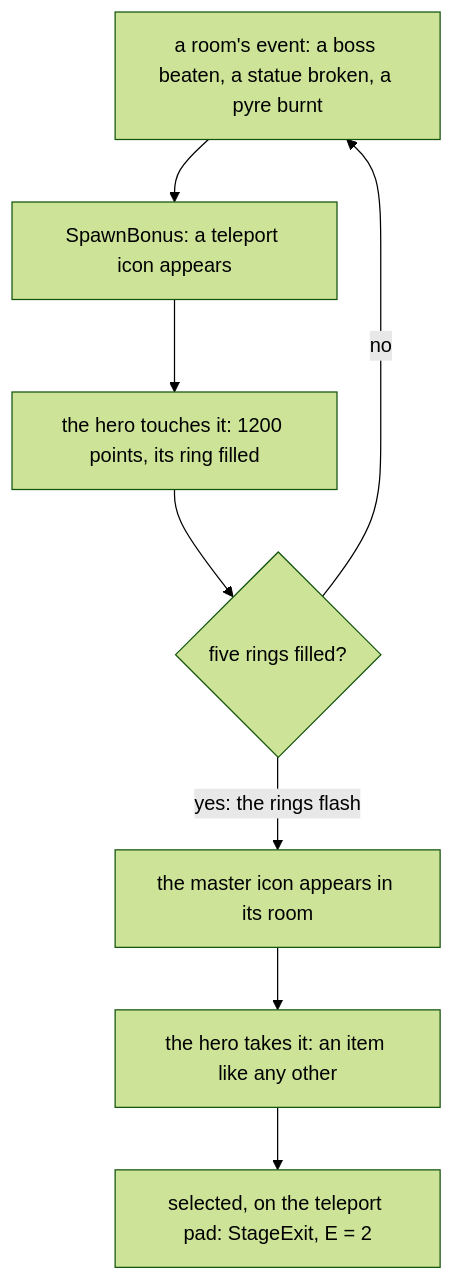
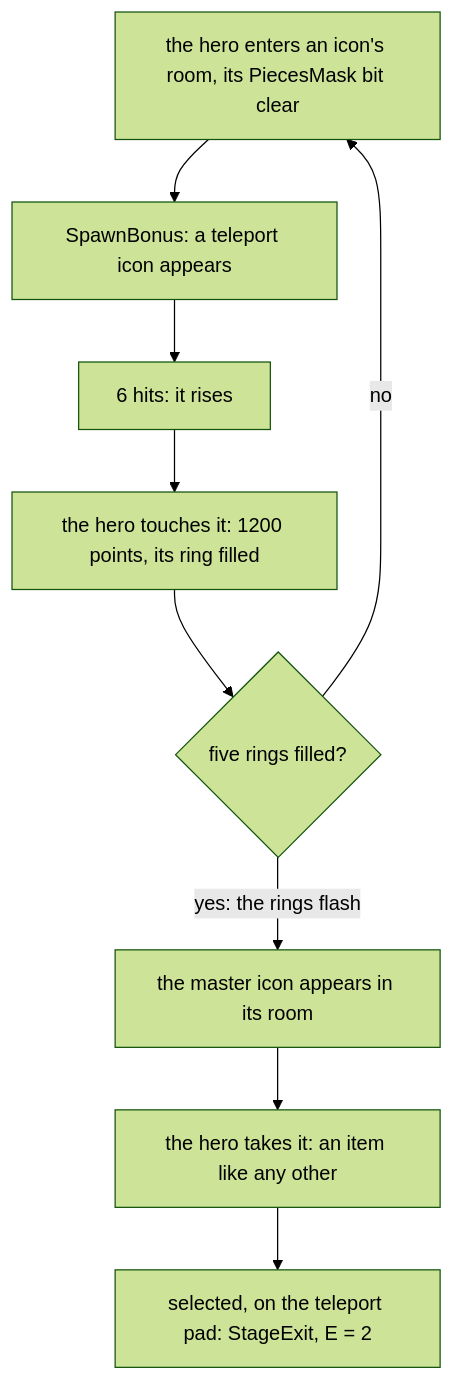
One commit to alfishe/unrealng-reverse-cases changed the fourth of 9 diagrams in games/myth/docs/01-game-design.md. Above: the diagram before and after it, drawn with Mermaid (forest theme). The commit also changed other lines of this file and 73 other files, not shown here.

````diff
--- a/games/myth/docs/01-game-design.md
+++ b/games/myth/docs/01-game-design.md
@@ -282,10 +284,11 @@
 ```mermaid
 flowchart TD
-    E["a room's event: a boss beaten, a statue broken, a pyre burnt"] --> S["SpawnBonus: a teleport icon appears"]
-    S --> T["the hero touches it: 1200 points, its ring filled"]
+    E["the hero enters an icon's room, its PiecesMask bit clear"] --> S["SpawnBonus: a teleport icon appears"]
+    S --> H["6 hits: it rises"]
+    H --> T["the hero touches it: 1200 points, its ring filled"]
     T --> Q{"five rings filled?"}
     Q -->|"no"| E
     Q -->|"yes: the rings flash"| M["the master icon appears in its room"]
     M --> C["the hero takes it: an item like any other"]
     C --> P["selected, on the teleport pad: StageExit, E = 2"]
 ```
````
